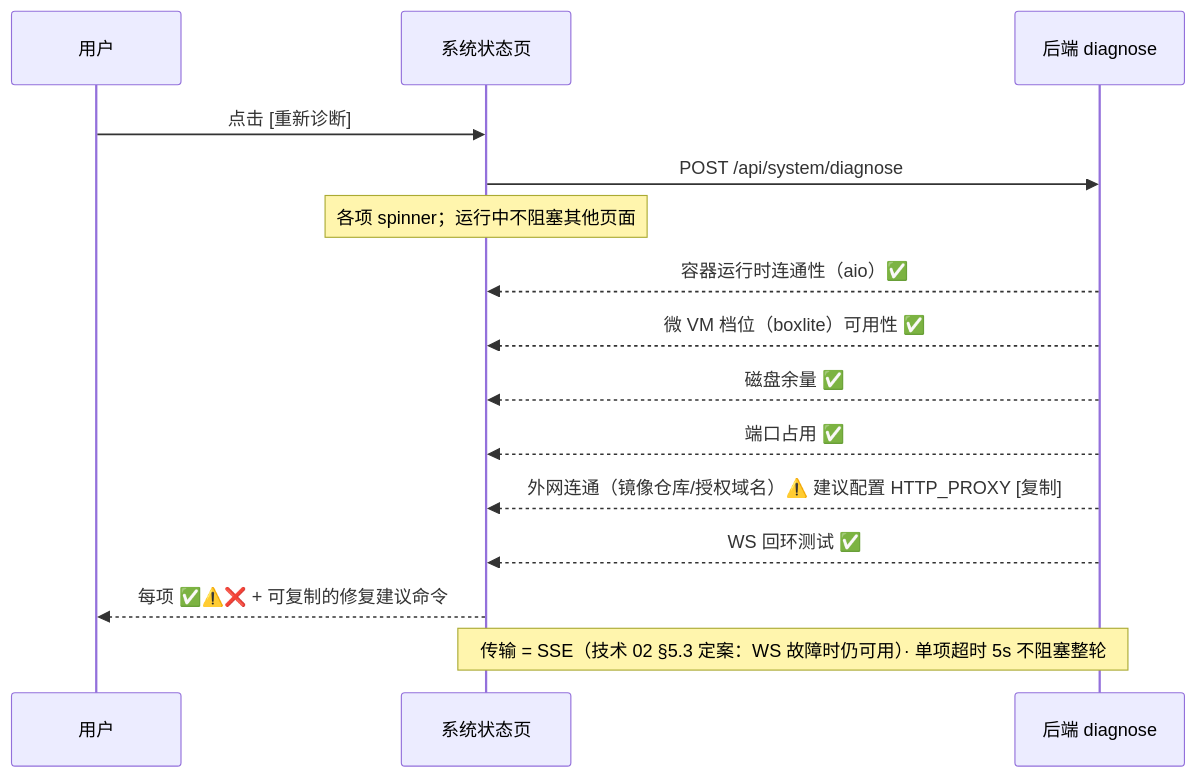
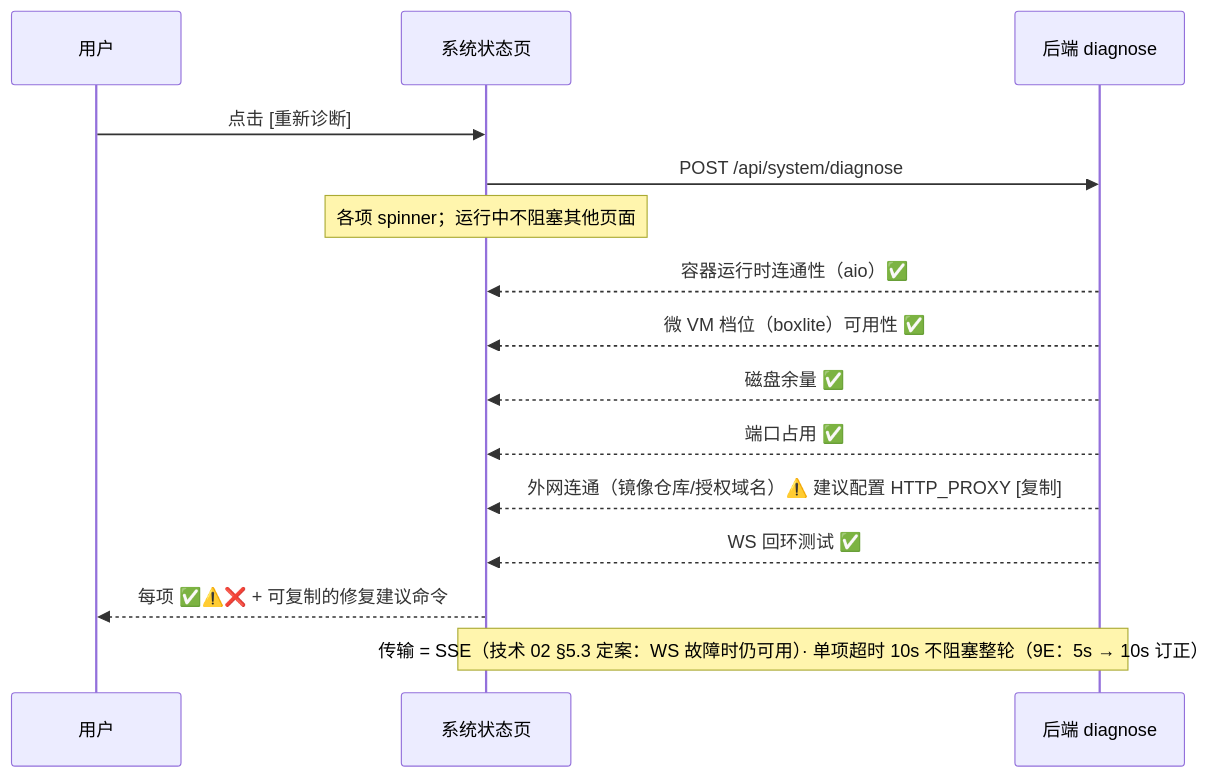
Before and after one commit to Xeonice/cloud-agent-platform-docs: the diagram in docs/product/pages/21-5-系统状态.md, drawn with Mermaid. The commit also changed other lines of this file and 9 other files, not shown here.

````diff
--- a/docs/product/pages/21-5-系统状态.md
+++ b/docs/product/pages/21-5-系统状态.md
@@ -90,18 +92,18 @@
 ```mermaid
 sequenceDiagram
     participant U as 用户
     participant FE as 系统状态页
     participant BE as 后端 diagnose
 
     U->>FE: 点击 [重新诊断]
     FE->>BE: POST /api/system/diagnose
     Note over FE: 各项 spinner；运行中不阻塞其他页面
     BE-->>FE: 容器运行时连通性（aio）✅
     BE-->>FE: 微 VM 档位（boxlite）可用性 ✅
     BE-->>FE: 磁盘余量 ✅
     BE-->>FE: 端口占用 ✅
     BE-->>FE: 外网连通（镜像仓库/授权域名）⚠️ 建议配置 HTTP_PROXY [复制]
     BE-->>FE: WS 回环测试 ✅
     FE-->>U: 每项 ✅⚠️❌ + 可复制的修复建议命令
-    Note over FE,BE: 传输 = SSE（技术 02 §5.3 定案：WS 故障时仍可用）· 单项超时 5s 不阻塞整轮
+    Note over FE,BE: 传输 = SSE（技术 02 §5.3 定案：WS 故障时仍可用）· 单项超时 10s 不阻塞整轮（9E：5s → 10s 订正）
 ```
````
